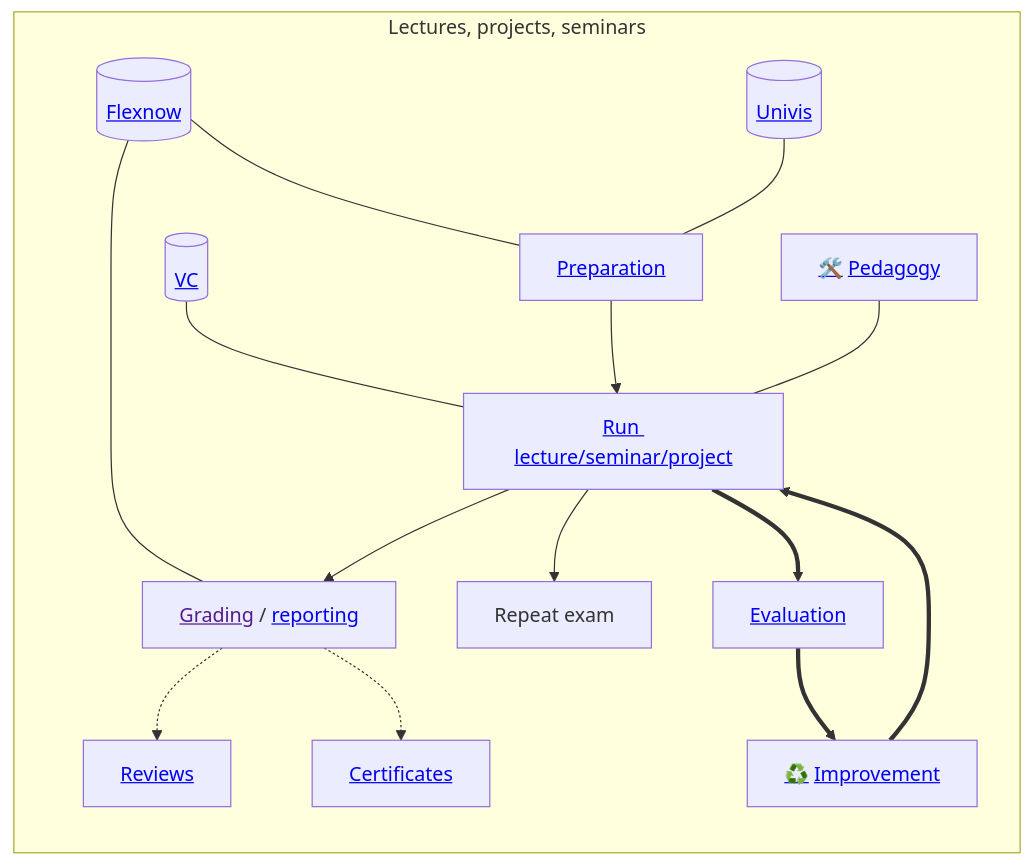
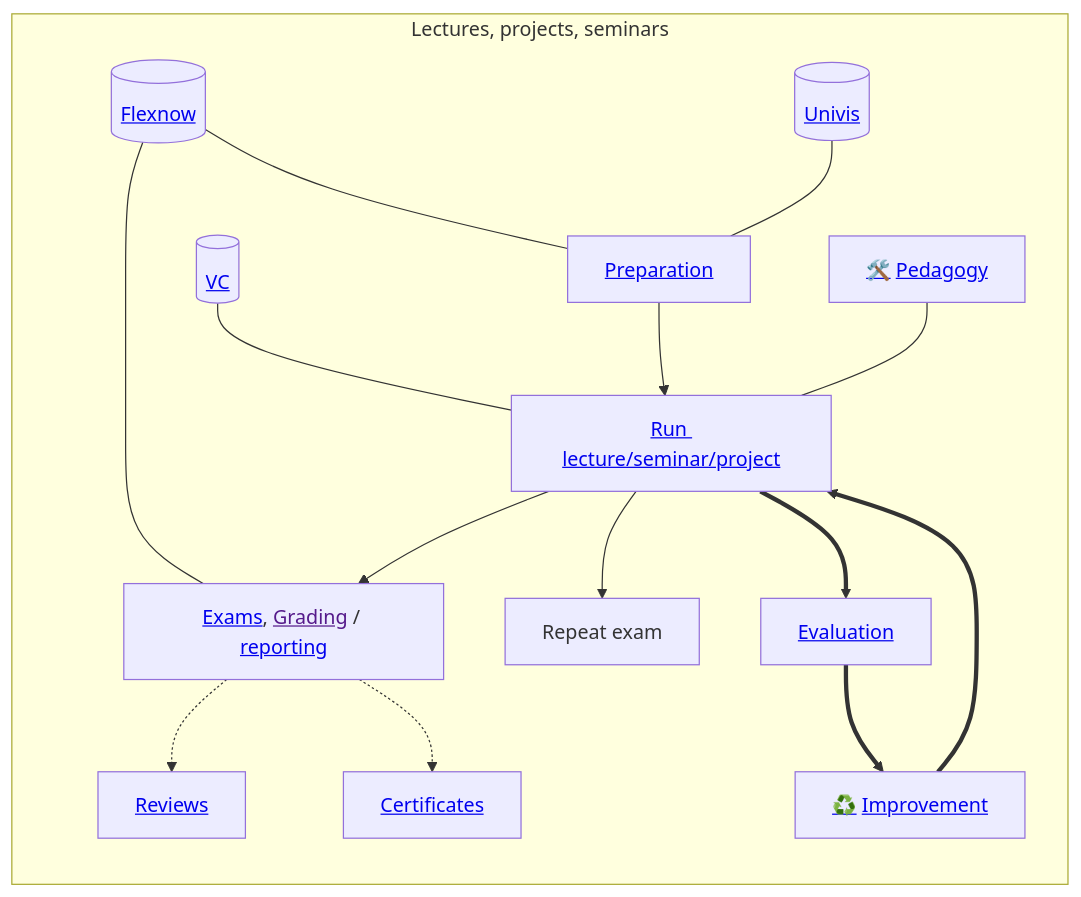
The first of 2 diagrams in docs/30-teaching/index.md (digital-work-lab/handbook), drawn with Mermaid before and after one commit. The commit also changed 2 other files, not shown here.

Commit message:
add exams

````diff
--- a/docs/30-teaching/index.md
+++ b/docs/30-teaching/index.md
@@ -13,24 +13,24 @@
 ```mermaid
 flowchart TB
     subgraph main["Lectures, projects, seminars"]
         direction TB
 
         Flexnow[("<a href='30_processes/30.15.flexnow.html'>Flexnow</a>")]
         Flexnow --- Prepare
         Flexnow --- Grade
         Univis[("<a href='30_processes/30.16.univis.html'>Univis</a>")]
         Univis --- Prepare
         VC[("<a href='30_processes/30.19.virtual_campus.html'>VC</a>")] --- Run
 
         Prepare["<a href='30_processes/30.09.new_modules.html'>Preparation</a>"] --> Run["<a href='30_processes/30.02.courses.html#course-list'>Run lecture/seminar/project</a>"]
-        Run --> Grade["<a href=''>Grading</a> / <a href='30_processes/30.20.reports.html'>reporting</a>"]
+        Run --> Grade["<a href='30_processes/30.59.exams.html'>Exams</a>, <a href=''>Grading</a> / <a href='30_processes/30.20.reports.html'>reporting</a>"]
         Run --> Repeat[Repeat exam]
         Pedagogy["<a href='../10-lab/10_processes/10.01.goals.html'>🛠️</a> <a href='30_processes/30.07.pedagogy.html'>Pedagogy</a>"] --- Run
         Grade -.-> Reviews["<a href='30_processes/30.60.reviews.html'>Reviews</a>"]
         Grade -.-> Certificates["<a href='30_processes/30.51.certificates.html'>Certificates</a>"]
         Run ==> Evaluate["<a href='30_processes/30.21.evaluations.html'>Evaluation</a>"]
         Evaluate ==> Improve["<a href='../10-lab/10_processes/10.01.goals.html'>♻️</a> <a href='30_processes/30.22.improvements.html'>Improvement</a>"]
         Improve ==> Run
     end
 
 ```
````
